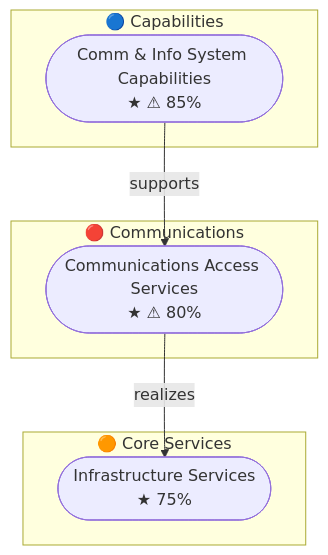
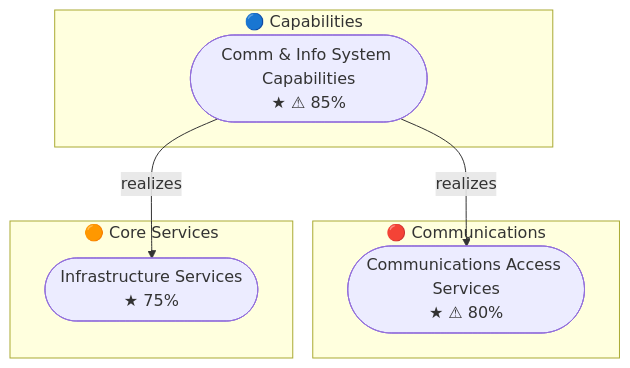
One commit to carstenartur/Taxonomy changed the second of 2 diagrams in docs/en/EXAMPLES.md. Above: the diagram before and after it, drawn with Mermaid. The commit also changed other lines of this file and 5 other files, not shown here.

Commit message:
docs: refresh architecture examples with retained evidence (#1336)

````diff
--- a/docs/en/EXAMPLES.md
+++ b/docs/en/EXAMPLES.md
@@ -337,14 +392,14 @@
 ```mermaid
 graph TD
     subgraph Capabilities["🔵 Capabilities"]
         CP_1023(["Comm &amp; Info System Capabilities<br/>★ ⚠ 85%"])
     end
     subgraph Communications_Services["🔴 Communications"]
         CO_1011(["Communications Access Services<br/>★ ⚠ 80%"])
     end
     subgraph Core_Services["🟠 Core Services"]
         CR_1047(["Infrastructure Services<br/>★ 75%"])
     end
-    CP_1023 -->|supports| CO_1011
-    CO_1011 -->|realizes| CR_1047
+    CP_1023 -->|realizes| CO_1011
+    CP_1023 -->|realizes| CR_1047
 ```
````
